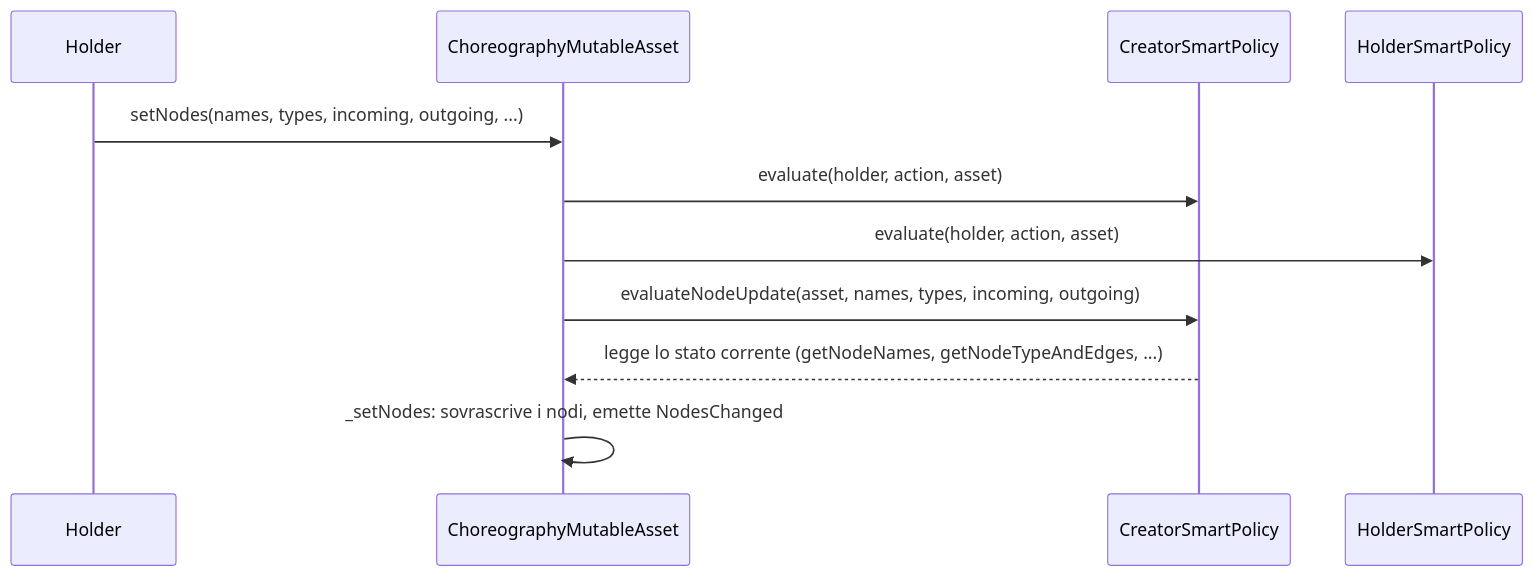
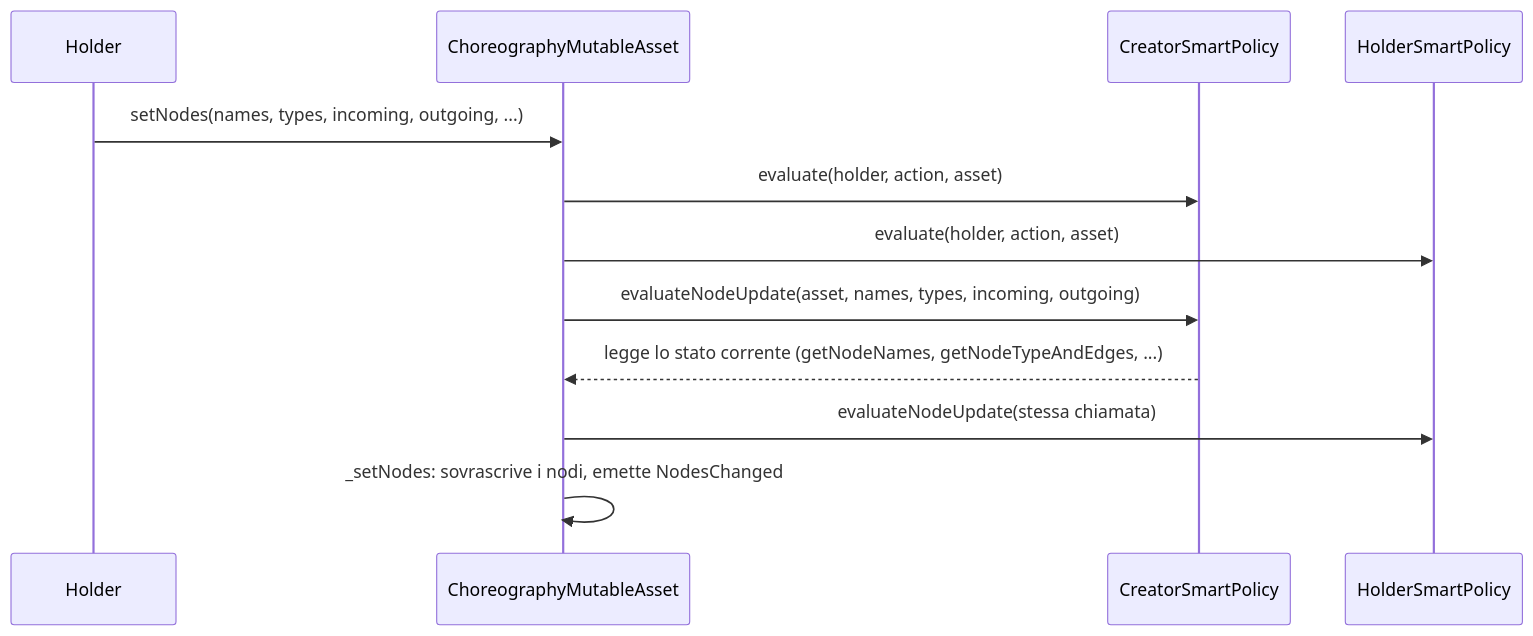
One commit to d0na/ChorNMT changed the third of 3 diagrams in docs/architettura.md. Above: the diagram before and after it, drawn with Mermaid. The commit also changed other lines of this file and 11 other files, not shown here.

````diff
--- a/docs/architettura.md
+++ b/docs/architettura.md
@@ -254,13 +254,14 @@
 ```mermaid
 sequenceDiagram
   participant H as Holder
   participant A as ChoreographyMutableAsset
   participant C as CreatorSmartPolicy
   participant P as HolderSmartPolicy
   H->>A: setNodes(names, types, incoming, outgoing, ...)
   A->>C: evaluate(holder, action, asset)
   A->>P: evaluate(holder, action, asset)
   A->>C: evaluateNodeUpdate(asset, names, types, incoming, outgoing)
   C-->>A: legge lo stato corrente (getNodeNames, getNodeTypeAndEdges, ...)
+  A->>P: evaluateNodeUpdate(stessa chiamata)
   A->>A: _setNodes: sovrascrive i nodi, emette NodesChanged
 ```
````
